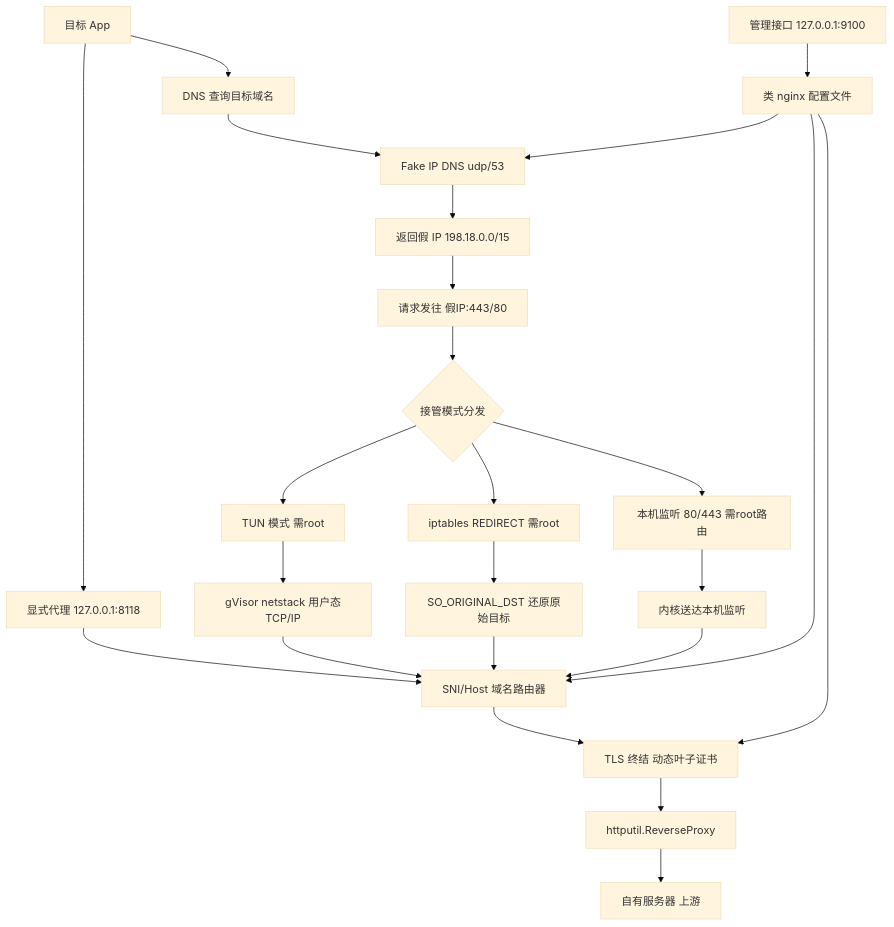
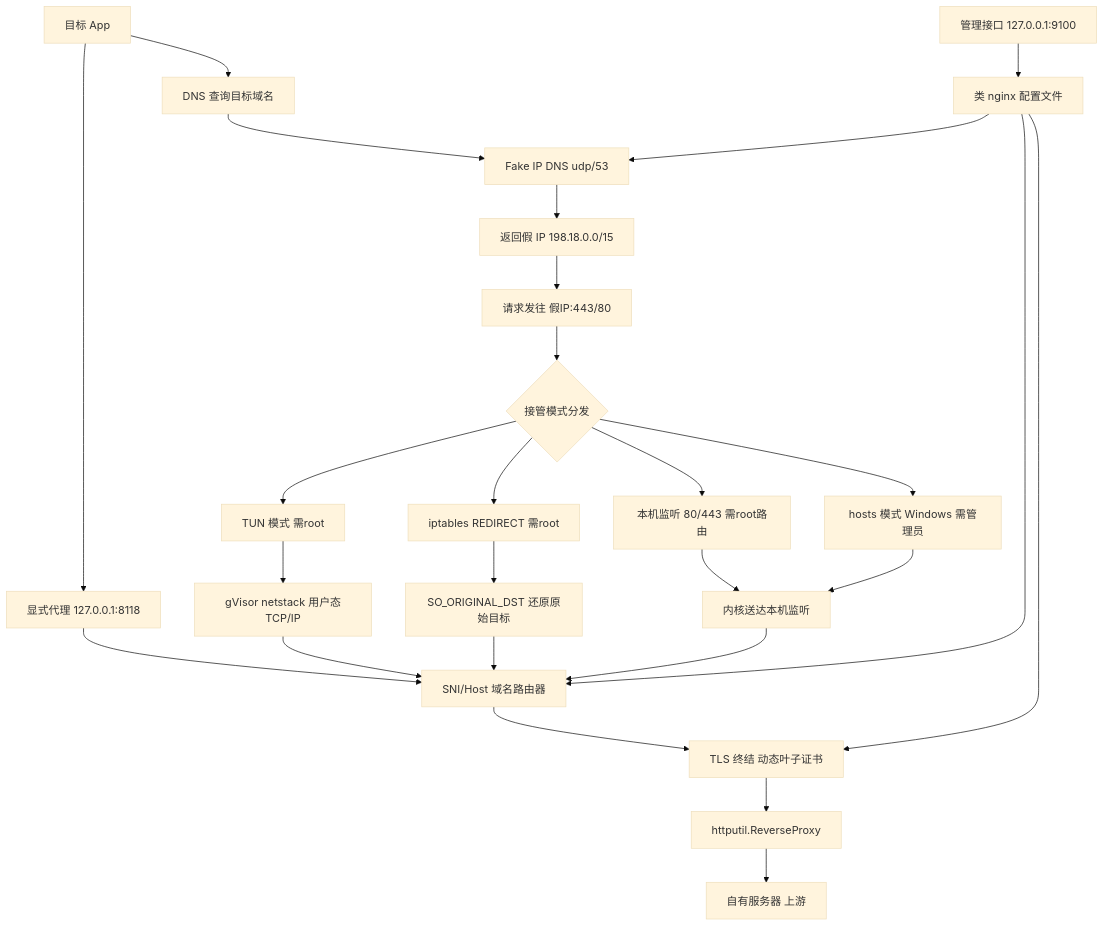
One commit to isunk/MyReverseProxy changed the diagram in .monkeycode/specs/device-reverse-proxy/design.md. Above: the diagram before and after it, drawn with Mermaid (base theme). The commit also changed other lines of this file and 1 other file, not shown here.

Commit message:
docs: device-reverse-proxy 增加 Windows 平台支持（hosts 模式与 wintun） Co-authored-by: monkeycode-ai <monkeycode-ai@chaitin.com>

````diff
--- a/.monkeycode/specs/device-reverse-proxy/design.md
+++ b/.monkeycode/specs/device-reverse-proxy/design.md
@@ -12,26 +12,28 @@
 ```mermaid
 graph TD
     A["目标 App"] --> B["DNS 查询目标域名"]
     B --> C["Fake IP DNS udp/53"]
     C --> D["返回假 IP 198.18.0.0/15"]
     D --> E["请求发往 假IP:443/80"]
     E --> F{"接管模式分发"}
     F --> G["TUN 模式 需root"]
     F --> H["iptables REDIRECT 需root"]
     F --> I["本机监听 80/443 需root路由"]
+    F --> W["hosts 模式 Windows 需管理员"]
     G --> J["gVisor netstack 用户态TCP/IP"]
     H --> K["SO_ORIGINAL_DST 还原原始目标"]
     I --> L["内核送达本机监听"]
+    W --> L
     A --> N["显式代理 127.0.0.1:8118"]
     N --> M["SNI/Host 域名路由器"]
     J --> M
     K --> M
     L --> M
     M --> O["TLS 终结 动态叶子证书"]
     O --> P["httputil.ReverseProxy"]
     P --> Q["自有服务器 上游"]
     R["类 nginx 配置文件"] --> C
     R --> M
     R --> O
     S["管理接口 127.0.0.1:9100"] --> R
 ```
````
